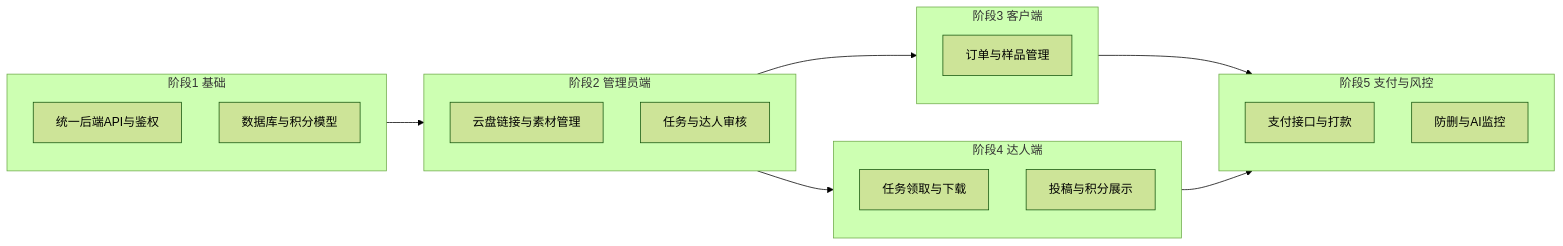
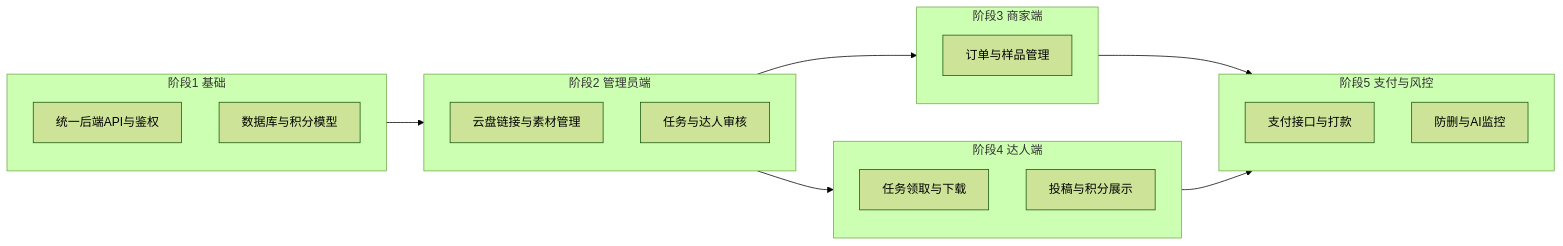
One commit to wentingznb666-beep/influencer-app changed the diagram in 达人分发APP-项目实现路线图与任务清单.md. Above: the diagram before and after it, drawn with Mermaid (forest theme). The commit also changed other lines of this file and 31 other files, not shown here.

````diff
--- a/达人分发APP-项目实现路线图与任务清单.md
+++ b/达人分发APP-项目实现路线图与任务清单.md
@@ -20,27 +20,27 @@
 ```mermaid
 flowchart LR
   subgraph phase1 [阶段1 基础]
     P1A[统一后端API与鉴权]
     P1B[数据库与积分模型]
   end
   subgraph phase2 [阶段2 管理员端]
     P2A[云盘链接与素材管理]
     P2B[任务与达人审核]
   end
-  subgraph phase3 [阶段3 客户端]
+  subgraph phase3 [阶段3 商家端]
     P3[订单与样品管理]
   end
   subgraph phase4 [阶段4 达人端]
     P4A[任务领取与下载]
     P4B[投稿与积分展示]
   end
   subgraph phase5 [阶段5 支付与风控]
     P5A[支付接口与打款]
     P5B[防删与AI监控]
   end
   phase1 --> phase2
   phase2 --> phase3
   phase2 --> phase4
   phase3 --> phase5
   phase4 --> phase5
 ```
````
